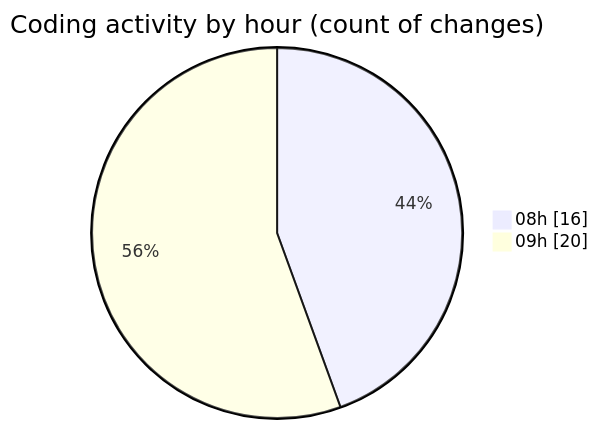
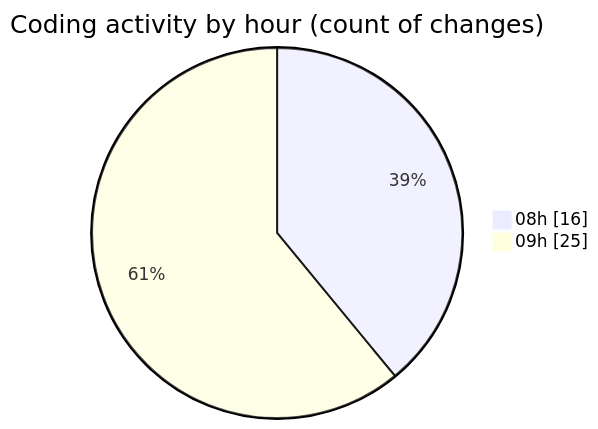
Before and after one commit to momahboobian/code-tracking: the second of 2 diagrams in 2025-03-12/cda/README.md, drawn with Mermaid. The commit also changed other lines of this file and 1 other file, not shown here.

````diff
--- a/2025-03-12/cda/README.md
+++ b/2025-03-12/cda/README.md
@@ -34,6 +34,6 @@
 ```mermaid
 pie showData
 title Coding activity by hour (count of changes)
 "08h" : 16
-"09h" : 20
+"09h" : 25
 ```
````
